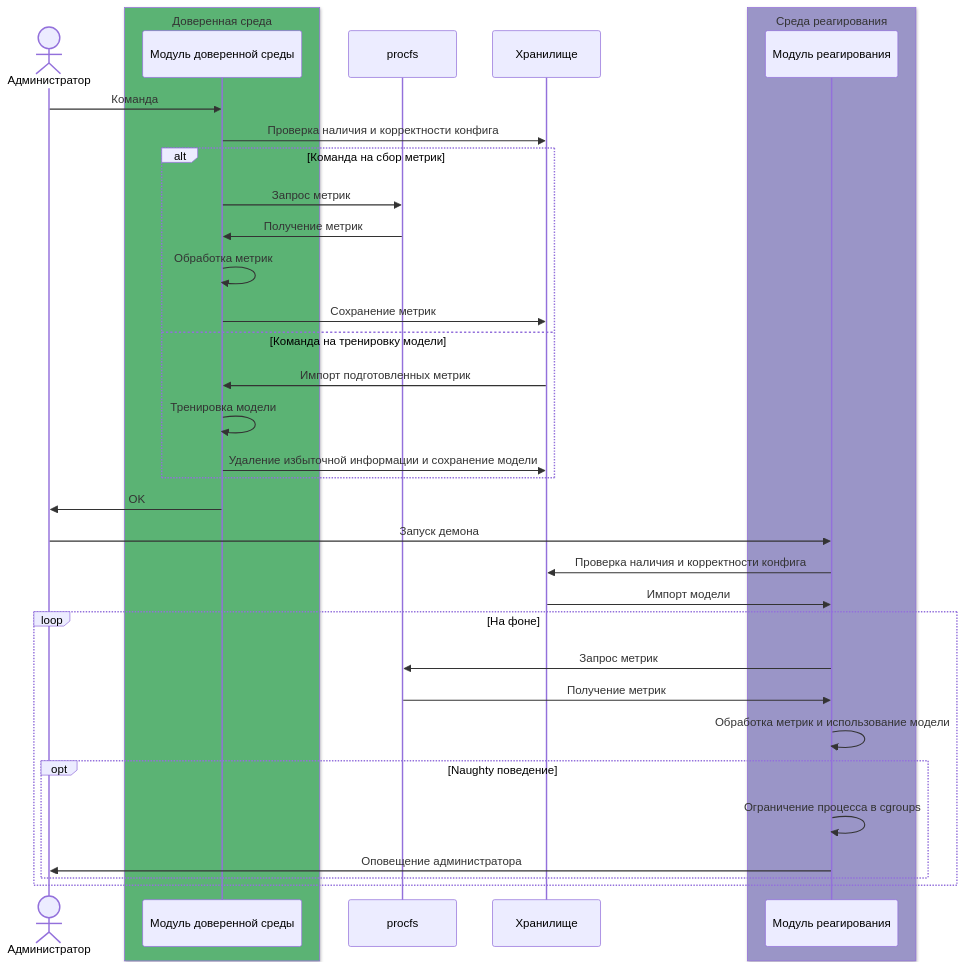
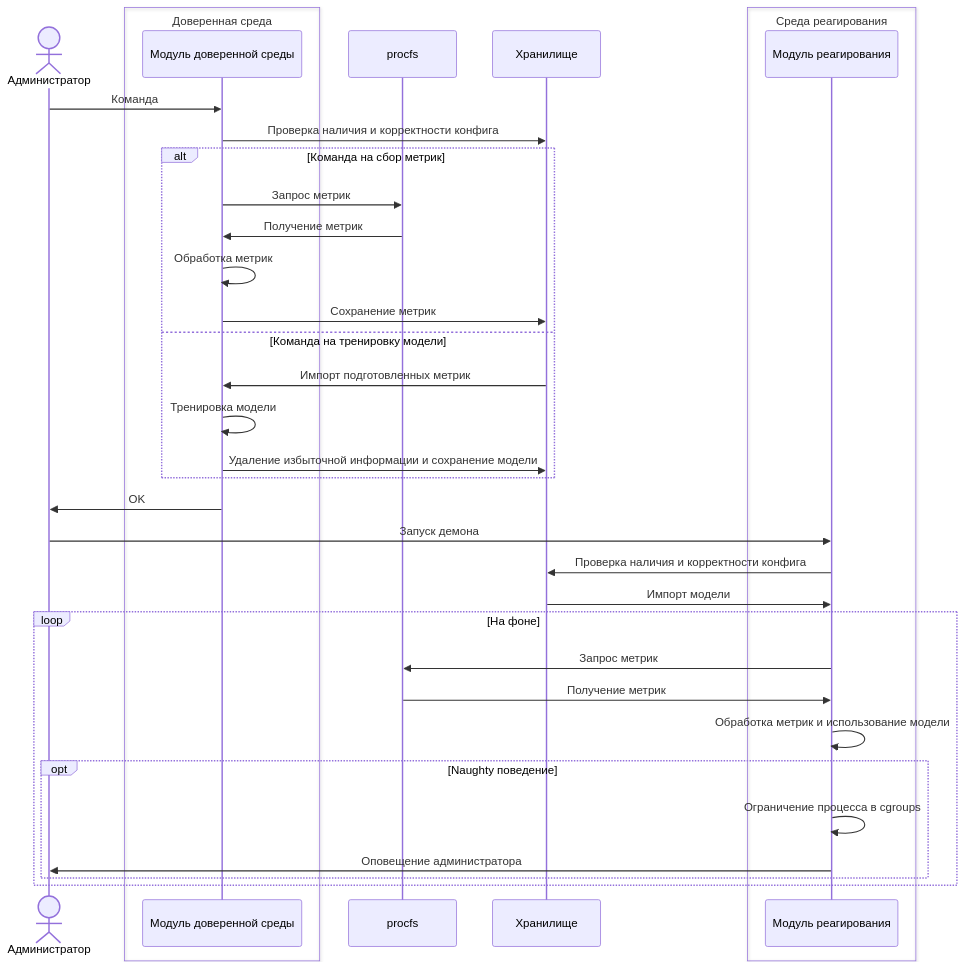
The diagram in README.md (prettyroseslover/cgjail), drawn with Mermaid before and after one commit.

Commit message:
new readme

````diff
--- a/README.md
+++ b/README.md
@@ -5,38 +5,38 @@
 ```mermaid
 sequenceDiagram
   actor A as Администратор
-    box rgb(91, 179, 116) Доверенная среда
+    box  Доверенная среда
   participant R as Модуль доверенной среды
     end
     participant F as procfs
     participant fs as Хранилище
-    box rgb(154, 149, 199) Среда реагирования
+    box Среда реагирования
   participant r as Модуль реагирования
     end
     
   A->>R: Команда
     R->>fs: Проверка наличия и корректности конфига
     alt Команда на сбор метрик
     R->>F: Запрос метрик
     F->>R: Получение метрик
     R->>R: Обработка метрик
     R->>fs: Сохранение метрик
     else Команда на тренировку модели
     fs->>R: Импорт подготовленных метрик
     R->>R: Тренировка модели
     R->>fs: Удаление избыточной информации и сохранение модели
     end
     R->>A: OK
     A->>r: Запуск демона
     r->>fs: Проверка наличия и корректности конфига
     fs->>r: Импорт модели
     loop На фоне
         r->>F: Запрос метрик
         F->>r: Получение метрик
         r->>r: Обработка метрик и использование модели
         opt Naughty поведение
         r->>r: Ограничение процесса в cgroups
         r->>A: Оповещение администратора
         end
     end
 ```
````
